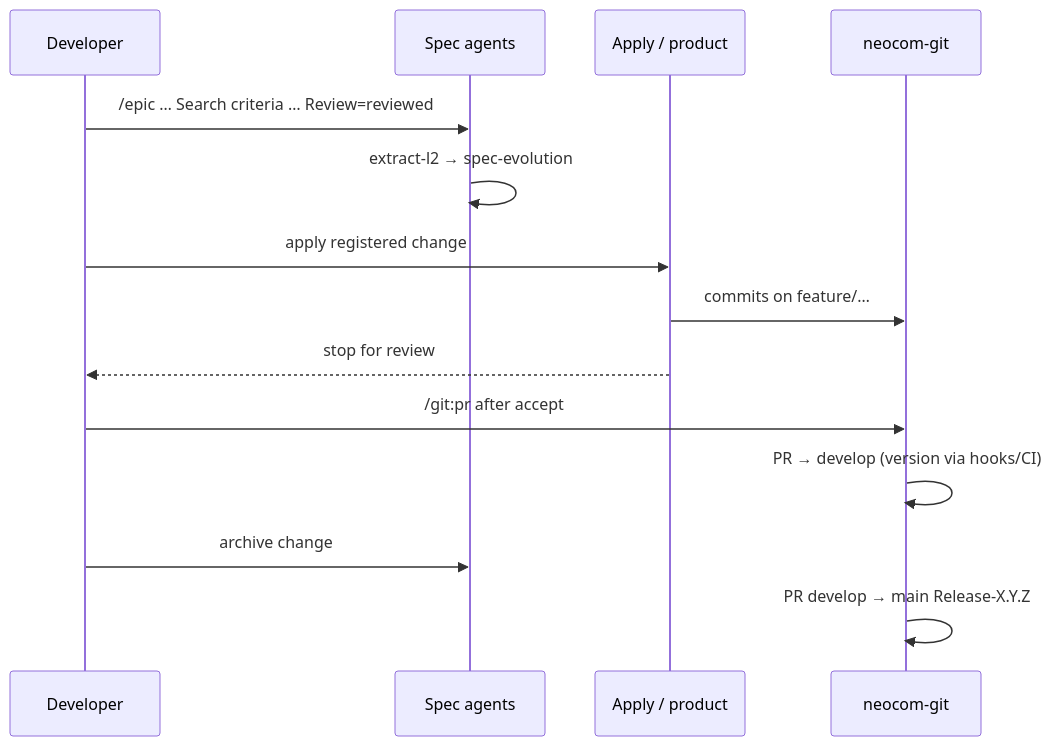
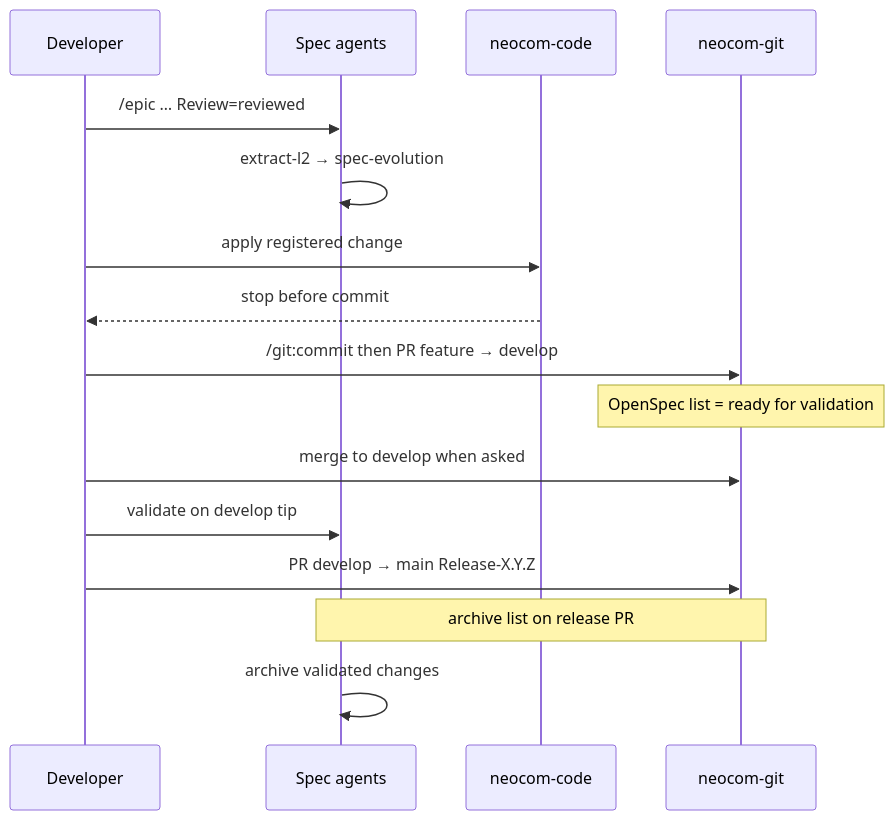
One commit to AdamAntinoo/neocom-meta changed the ninth of 10 diagrams in .dsh/METHODOLOGY.md. Above: the diagram before and after it, drawn with Mermaid. The commit also changed other lines of this file and 14 other files, not shown here.

First line of the commit message:
feat(meta): align delivery harness and reset async OpenSpec for reapply

````diff
--- a/.dsh/METHODOLOGY.md
+++ b/.dsh/METHODOLOGY.md
@@ -400,17 +455,19 @@
 ```mermaid
 sequenceDiagram
   participant Dev as Developer
   participant Spec as Spec agents
-  participant Code as Apply / product
+  participant Code as neocom-code
   participant Git as neocom-git
 
-  Dev->>Spec: /epic … Search criteria … Review=reviewed
+  Dev->>Spec: /epic … Review=reviewed
   Spec->>Spec: extract-l2 → spec-evolution
   Dev->>Code: apply registered change
-  Code->>Git: commits on feature/…
-  Code-->>Dev: stop for review
-  Dev->>Git: /git:pr after accept
-  Git->>Git: PR → develop (version via hooks/CI)
-  Dev->>Spec: archive change
-  Git->>Git: PR develop → main Release-X.Y.Z
+  Code-->>Dev: stop before commit
+  Dev->>Git: /git:commit then PR feature → develop
+  Note over Git: OpenSpec list = ready for validation
+  Dev->>Git: merge to develop when asked
+  Dev->>Spec: validate on develop tip
+  Dev->>Git: PR develop → main Release-X.Y.Z
+  Note over Spec,Git: archive list on release PR
+  Spec->>Spec: archive validated changes
 ```
````
